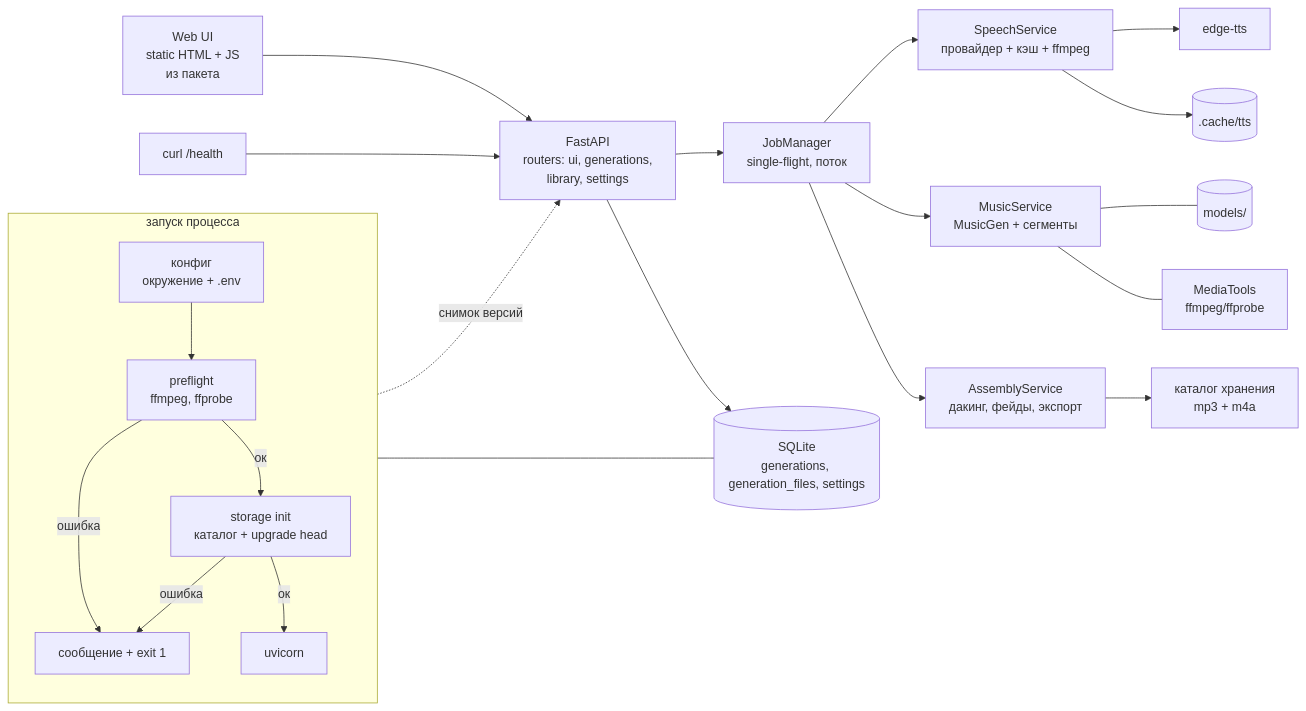
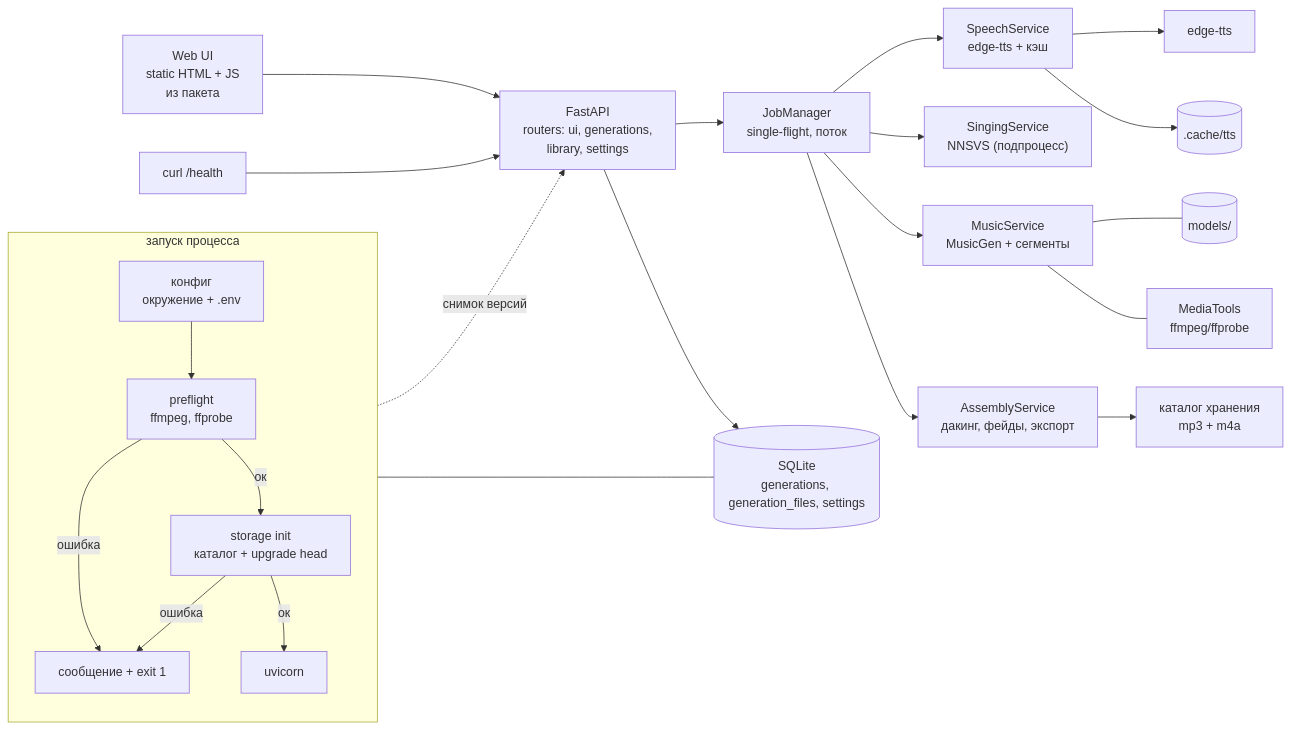
Before and after one commit to tuch-ka/muzifikator: the first of 2 diagrams in docs/architecture.md, drawn with Mermaid. The commit also changed other lines of this file and 183 other files, not shown here.

First line of the commit message:
MUZ-21: feat: add NNSVS singing as default song mode

````diff
--- a/docs/architecture.md
+++ b/docs/architecture.md
@@ -8,25 +8,26 @@
 ```mermaid
 flowchart LR
     subgraph START["запуск процесса"]
         direction TB
         CFG["конфиг<br/>окружение + .env"] --> PF["preflight<br/>ffmpeg, ffprobe"]
         PF -->|"ок"| ST["storage init<br/>каталог + upgrade head"]
         PF -->|"ошибка"| EXIT["сообщение + exit 1"]
         ST -->|"ок"| APP["uvicorn"]
         ST -->|"ошибка"| EXIT
     end
     UI["Web UI<br/>static HTML + JS<br/>из пакета"] --> API["FastAPI<br/>routers: ui, generations,<br/>library, settings"]
     OPS["curl /health"] --> API
     API --> JOB["JobManager<br/>single-flight, поток"]
-    JOB --> SPEECH["SpeechService<br/>провайдер + кэш + ffmpeg"]
+    JOB --> SPEECH["SpeechService<br/>edge-tts + кэш"]
+    JOB --> SING["SingingService<br/>NNSVS (подпроцесс)"]
     SPEECH --> TTS["edge-tts"]
     SPEECH --> CACHE[(".cache/tts")]
     JOB --> MUS["MusicService<br/>MusicGen + сегменты"]
     MUS --- WEIGHTS[("models/")]
     MUS --- MEDIA["MediaTools<br/>ffmpeg/ffprobe"]
     JOB --> MIX["AssemblyService<br/>дакинг, фейды, экспорт"]
     MIX --> OUT["каталог хранения<br/>mp3 + m4a"]
     API --> DB[("SQLite<br/>generations, generation_files, settings")]
     ST --- DB
     PF -.->|"снимок версий"| API
 ```
````
